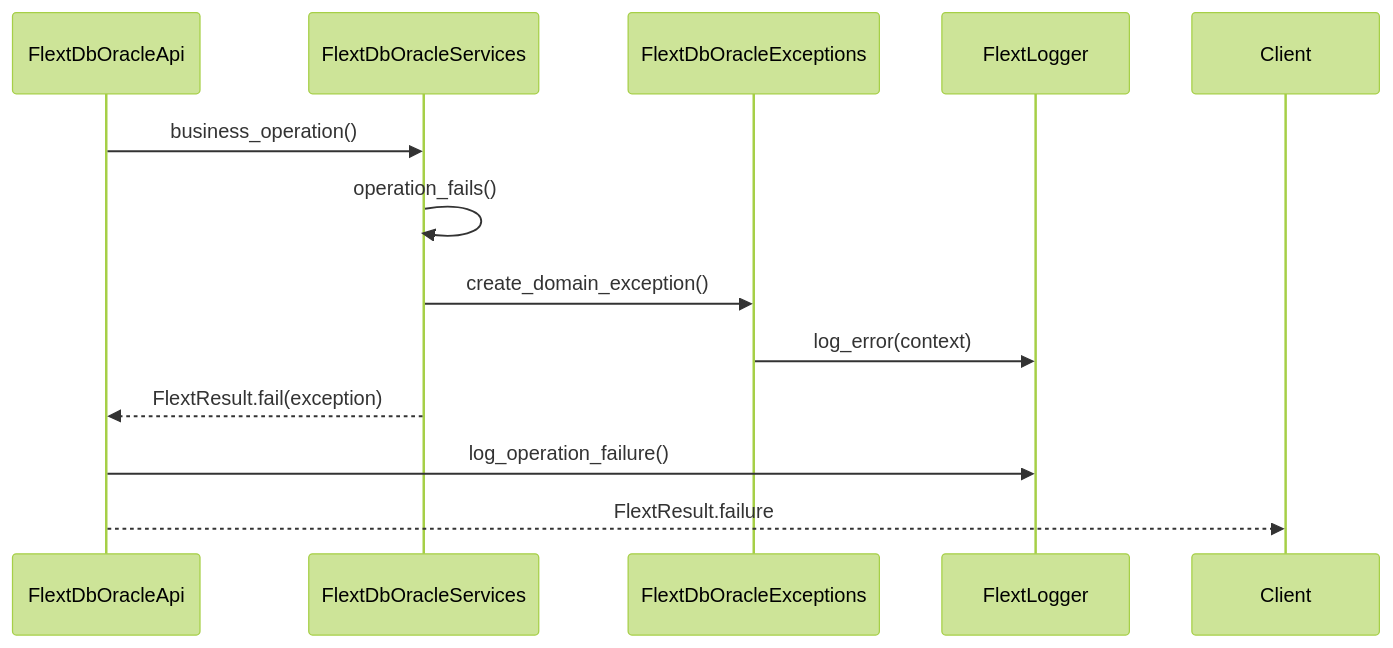
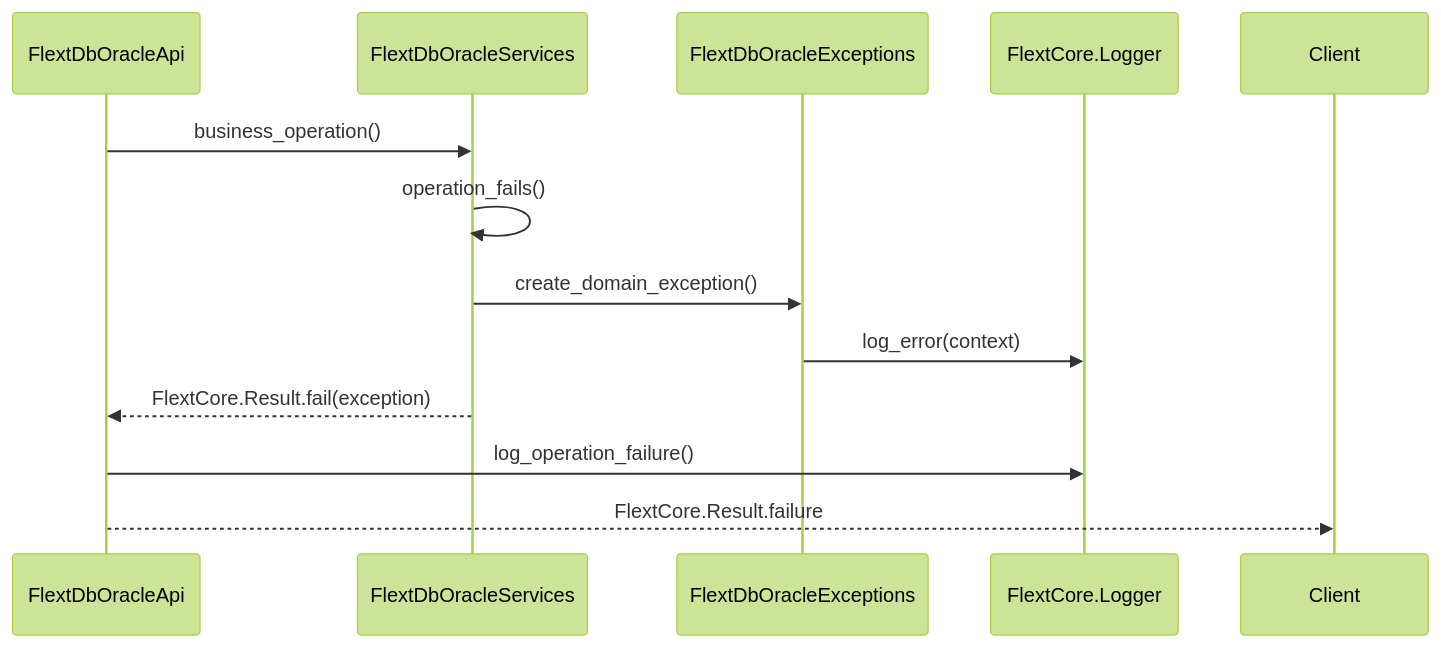
One commit to flext-sh/flext-db-oracle changed the third of 4 diagrams in docs/c4-components.md. Above: the diagram before and after it, drawn with Mermaid (forest theme). The commit also changed other lines of this file and 56 other files, not shown here.

````diff
--- a/docs/c4-components.md
+++ b/docs/c4-components.md
@@ -304,15 +304,15 @@
 ```mermaid
 sequenceDiagram
     participant API as FlextDbOracleApi
     participant Services as FlextDbOracleServices
     participant Exceptions as FlextDbOracleExceptions
-    participant Logger as FlextLogger
+    participant Logger as FlextCore.Logger
 
     API->>Services: business_operation()
     Services->>Services: operation_fails()
     Services->>Exceptions: create_domain_exception()
     Exceptions->>Logger: log_error(context)
-    Services-->>API: FlextResult.fail(exception)
+    Services-->>API: FlextCore.Result.fail(exception)
     API->>Logger: log_operation_failure()
-    API-->>Client: FlextResult.failure
+    API-->>Client: FlextCore.Result.failure
 ```
````
